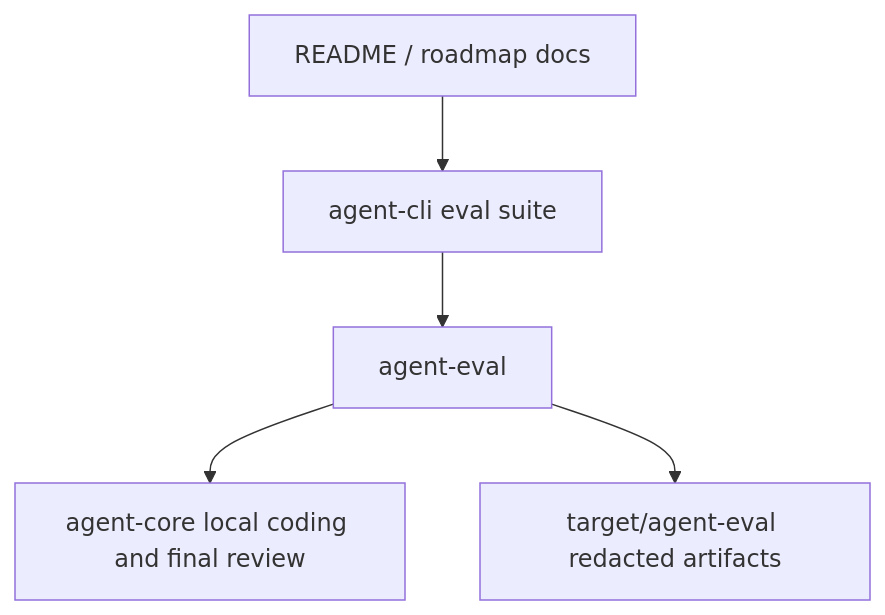
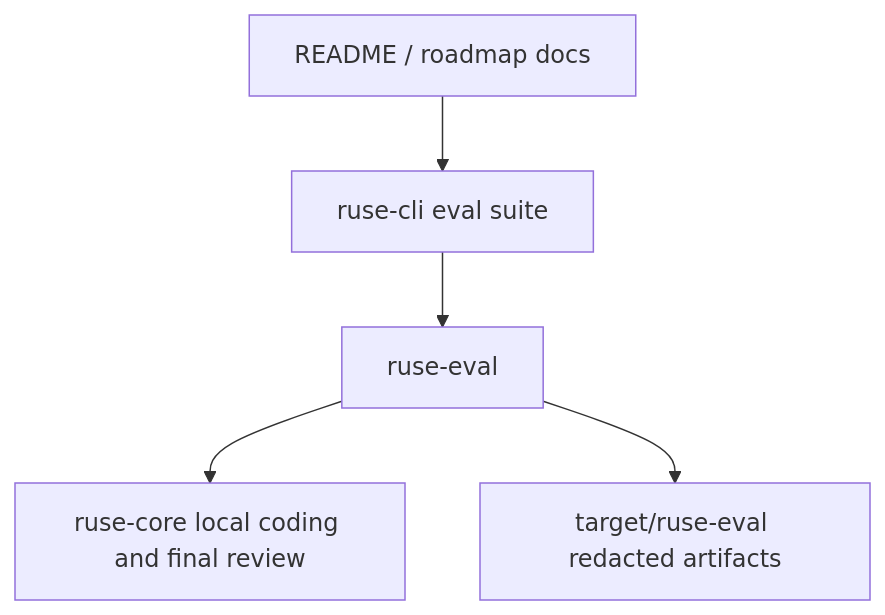
Before and after one commit to poneding/agent: the diagram in docs/specs/M56-06-hardening-docs-verification.spec.md, drawn with Mermaid. The commit also changed other lines of this file and 2091 other files, not shown here.

First line of the commit message:
refactor: rename agent branding to ruse

````diff
--- a/docs/specs/M56-06-hardening-docs-verification.spec.md
+++ b/docs/specs/M56-06-hardening-docs-verification.spec.md
@@ -32,7 +32,7 @@
 ```mermaid
 flowchart TD
-  README["README / roadmap docs"] --> CLI["agent-cli eval suite"]
-  CLI --> Eval["agent-eval"]
-  Eval --> Core["agent-core local coding and final review"]
-  Eval --> Artifacts["target/agent-eval redacted artifacts"]
+  README["README / roadmap docs"] --> CLI["ruse-cli eval suite"]
+  CLI --> Eval["ruse-eval"]
+  Eval --> Core["ruse-core local coding and final review"]
+  Eval --> Artifacts["target/ruse-eval redacted artifacts"]
 ```
````
